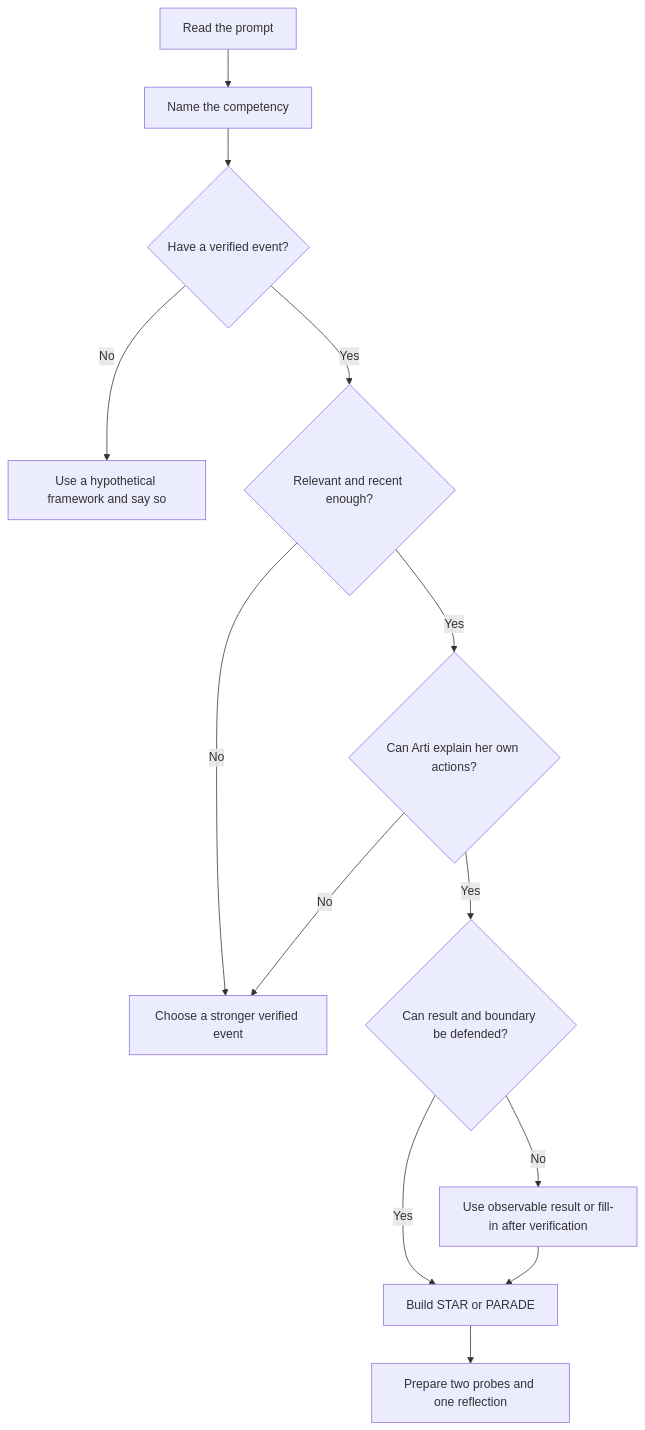
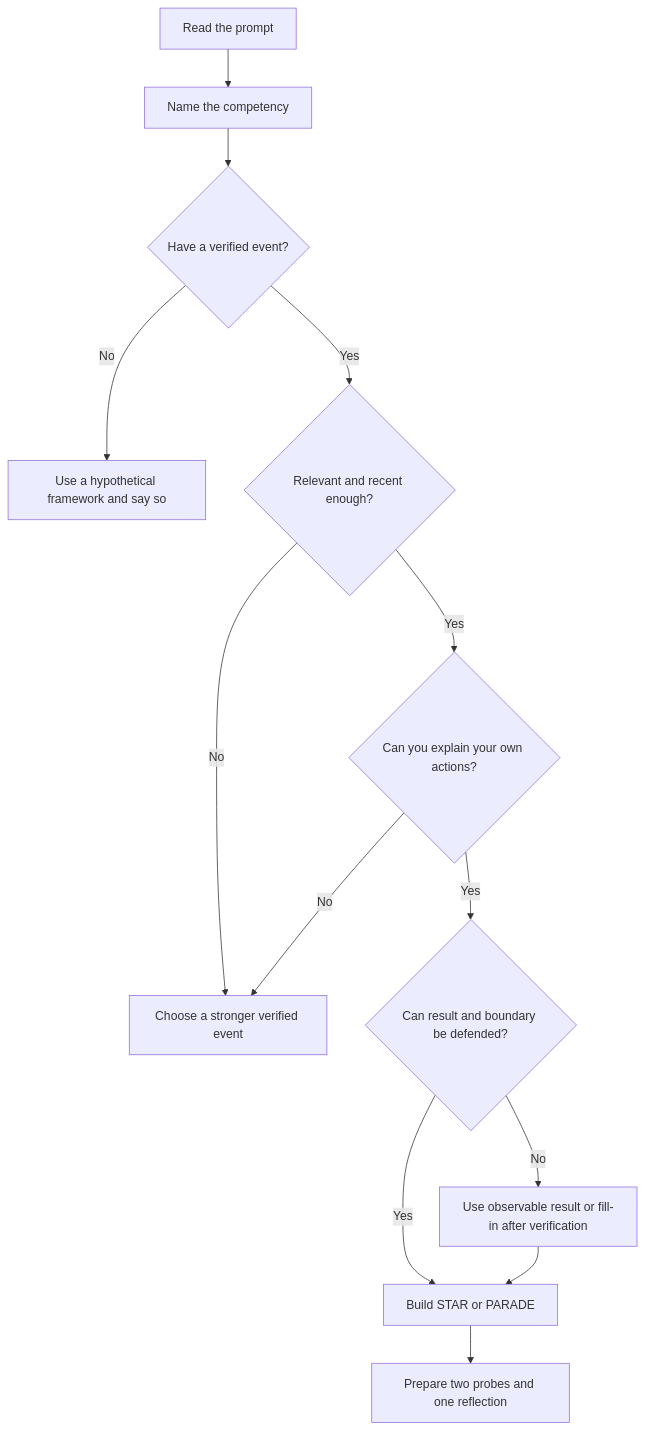
Before and after one commit to hichauhan-in/Interview-Prep: the third of 15 diagrams in Deloitte M365 Security Consultant/prep/Part-74-behavioral-consulting-closing.md, drawn with Mermaid. The commit also changed other lines of this file and 493 other files, not shown here.

````diff
--- a/Deloitte M365 Security Consultant/prep/Part-74-behavioral-consulting-closing.md
+++ b/Deloitte M365 Security Consultant/prep/Part-74-behavioral-consulting-closing.md
@@ -120,15 +120,15 @@
 ```mermaid
 flowchart TD
     P[Read the prompt] --> C[Name the competency]
     C --> V{Have a verified event?}
     V -->|No| H[Use a hypothetical framework and say so]
     V -->|Yes| R{Relevant and recent enough?}
     R -->|No| N[Choose a stronger verified event]
-    R -->|Yes| O{Can Arti explain her own actions?}
+    R -->|Yes| O{Can you explain your own actions?}
     O -->|No| N
     O -->|Yes| E{Can result and boundary be defended?}
     E -->|No| F[Use observable result or fill-in after verification]
     E -->|Yes| S[Build STAR or PARADE]
     F --> S
     S --> Q[Prepare two probes and one reflection]
 ```
````
